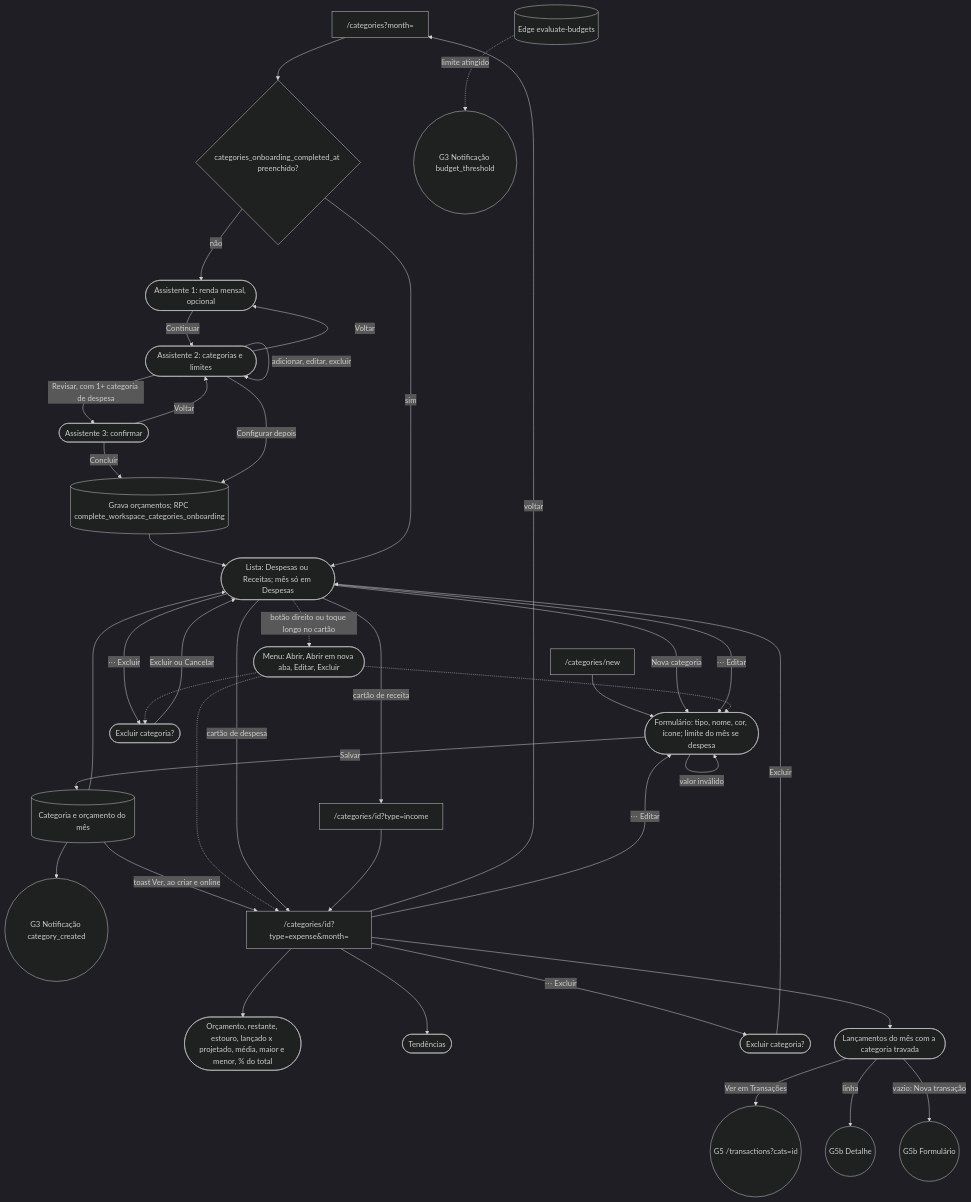
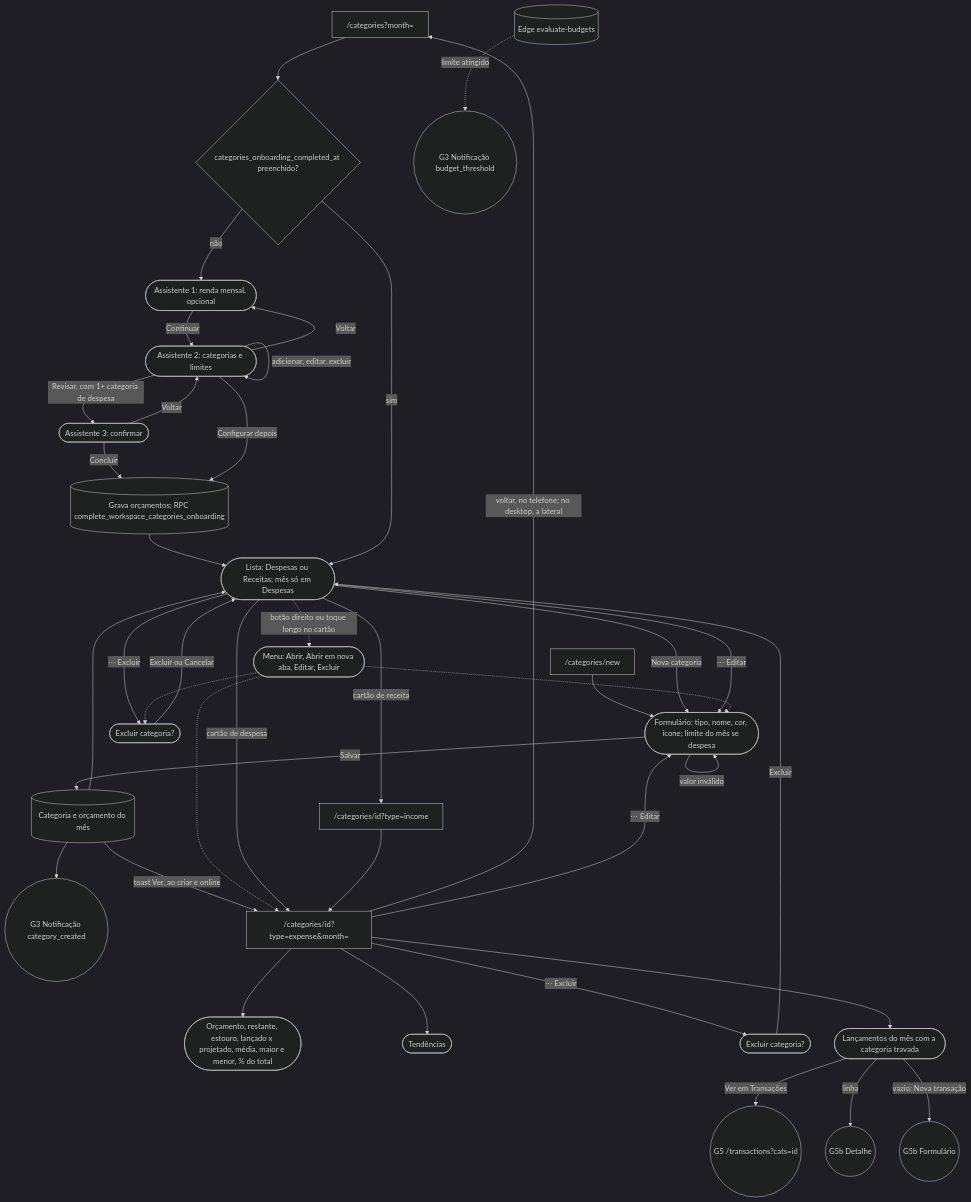
Before and after one commit to kauax2000/finance_app: diagram 13 of 14 in docs/JORNADAS.md, drawn with Mermaid. The commit also changed other lines of this file and 7 other files, not shown here.

````diff
--- a/docs/JORNADAS.md
+++ b/docs/JORNADAS.md
@@ -736,46 +737,46 @@
 ```mermaid
 %%{init: {"theme": "dark"}}%%
 flowchart TD
     cats["/categories?month="] --> onboarded{"categories_onboarding_completed_at preenchido?"}
     onboarded -->|"não"| step0(["Assistente 1: renda mensal, opcional"])
     step0 -->|"Continuar"| step1(["Assistente 2: categorias e limites"])
     step1 -->|"Voltar"| step0
     step1 -->|"Sugerir pela renda"| step1
     step1 -->|"adicionar, editar, excluir"| step1
     step1 -->|"Revisar, com 1+ categoria de despesa"| step2(["Assistente 3: confirmar"])
     step2 -->|"Voltar"| step1
     step2 -->|"Concluir"| complete[("Grava orçamentos; RPC complete_workspace_categories_onboarding")]
     step1 -->|"Configurar depois"| complete
     complete --> listView
     onboarded -->|"sim"| listView(["Lista: Despesas ou Receitas; mês só em Despesas"])
 
     newRoute["/categories/new"] --> catForm
     listView -->|"Nova categoria"| catForm(["Formulário: tipo, nome, cor, ícone; limite do mês se despesa"])
     catForm -->|"Salvar"| savedCat[("Categoria e orçamento do mês")] --> notifCat(("G3 Notificação category_created"))
     savedCat -->|"toast Ver, ao criar e online"| detail
     savedCat --> listView
     catForm -->|"valor inválido"| catForm
     listView -->|"⋯ Editar"| catForm
     listView -->|"⋯ Excluir"| delCat(["Excluir categoria?"])
     delCat -->|"Excluir ou Cancelar"| listView
     listView -.->|"botão direito ou toque longo no cartão"| catMenu(["Menu: Abrir, Abrir em nova aba, Editar, Excluir"])
     catMenu -.-> detail
     catMenu -.-> catForm
     catMenu -.-> delCat
 
     listView -->|"cartão de despesa"| detail["/categories/id?type=expense&month="]
     listView -->|"cartão de receita"| detailIn["/categories/id?type=income"]
     detailIn --> detail
 
-    detail -->|"voltar"| cats
+    detail -->|"voltar, no telefone; no desktop, a lateral"| cats
     detail --> summary(["Orçamento, restante, estouro, lançado x projetado, média, maior e menor, % do total"])
     detail --> trend(["Tendências"])
     detail -->|"⋯ Editar"| catForm
     detail -->|"⋯ Excluir"| delDetail(["Excluir categoria?"]) -->|"Excluir"| listView
     detail --> embedded(["Lançamentos do mês com a categoria travada"])
     embedded -->|"Ver em Transações"| G5(("G5 /transactions?cats=id"))
     embedded -->|"linha"| txDetail(("G5b Detalhe"))
     embedded -->|"vazio: Nova transação"| txForm(("G5b Formulário"))
 
     budget[("Edge evaluate-budgets")] -.->|"limite atingido"| notifBudget(("G3 Notificação budget_threshold"))
 ```
````
